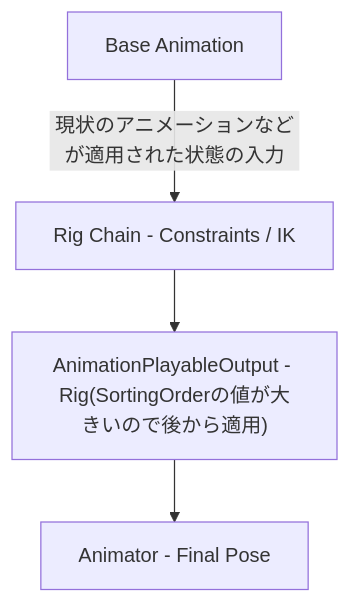
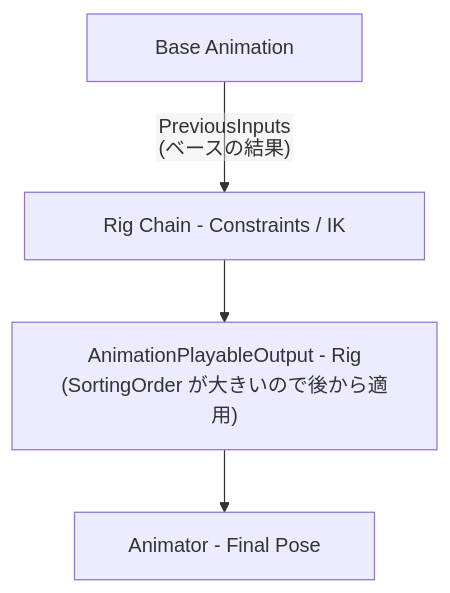
The diagram in src/content/blog/diary-20250907.mdx (TsuyoshiUsugi/MyPage), drawn with Mermaid before and after one commit. The commit also changed other lines of this file and 5 other files, not shown here.

````diff
--- a/src/content/blog/diary-20250907.mdx
+++ b/src/content/blog/diary-20250907.mdx
@@ -74,11 +81,13 @@
 ```mermaid
+%%{init: { "flowchart": { "htmlLabels": false }, "themeVariables": { "nodePadding": "10px 36px" } }}%%
 flowchart TB
-  A["Base Animation"]
-  B["Rig Chain - Constraints / IK"]
-  C["AnimationPlayableOutput - Rig(SortingOrderの値が大きいので後から適用)"]
-  D["Animator - Final Pose"]
+  A["<div style='width:160px;text-align:center'>Base Animation</div>"]
+  B["<div style='width:260px;text-align:center'>Rig Chain - Constraints / IK</div>"]
+  C["<div style='width:280px;text-align:center'>AnimationPlayableOutput - Rig<br/>(SortingOrder が大きいので後から適用)</div>"]
+  D["<div style='width:180px;text-align:center'>Animator - Final Pose</div>"]
 
-  A -->|"現状のアニメーションなどが適用された状態の入力"| B
+  A -->|"PreviousInputs (ベースの結果)"| B
   B --> C
   C --> D
+
 ```
````
